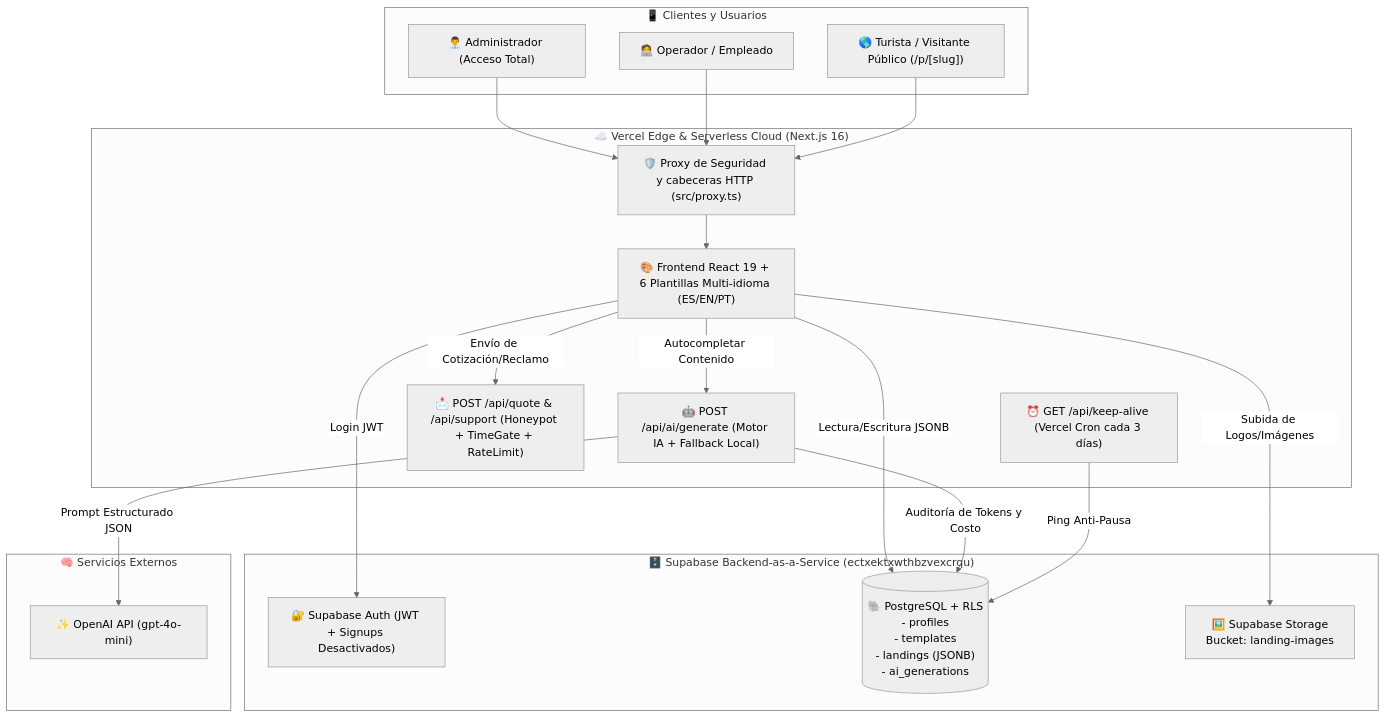
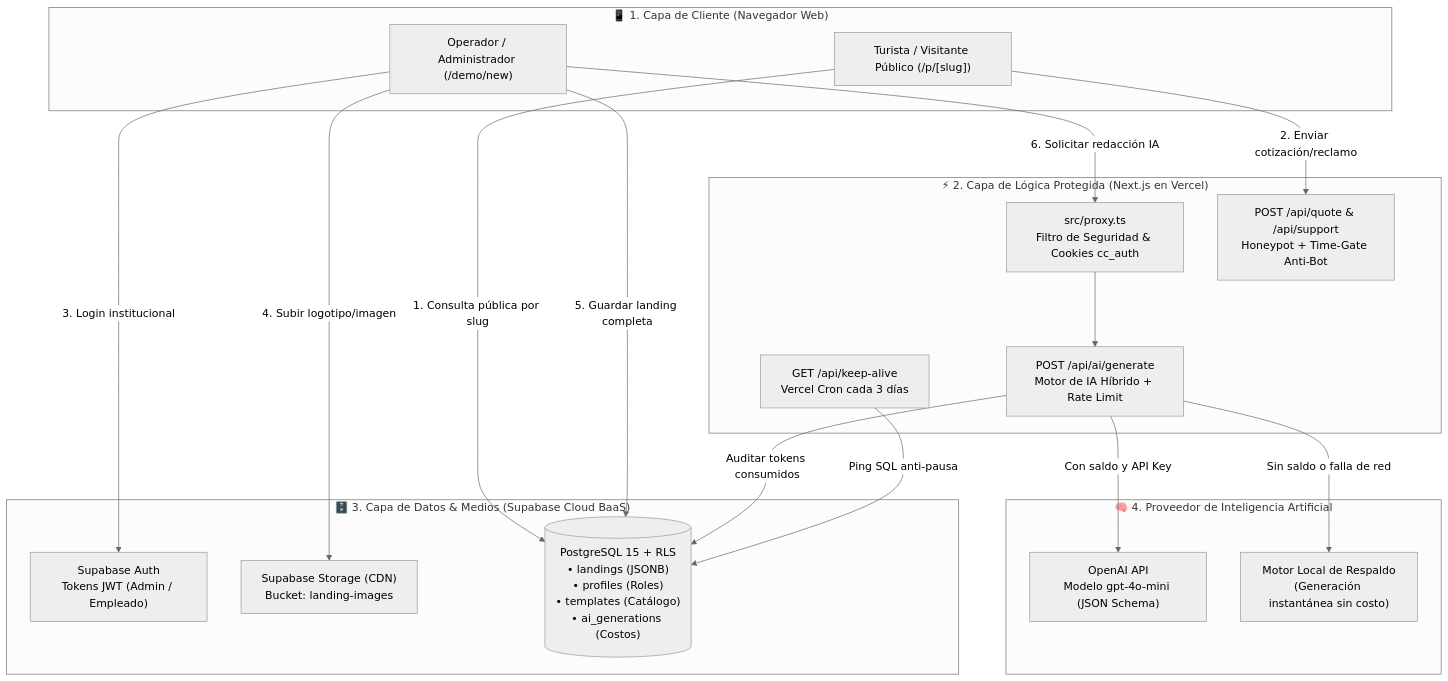
Before and after one commit to erikvlad1111-ctrl/Generador-de-Landingpages: the first of 7 diagrams in docs/documentacion_tesis.md, drawn with Mermaid (neutral theme). The commit also changed other lines of this file and 1 other file, not shown here.

Commit message:
docs(tesis): enriquecer documentacion con mapas de flujo, diagramas mermaid y graficos comparativos

````diff
--- a/docs/documentacion_tesis.md
+++ b/docs/documentacion_tesis.md
@@ -12,39 +14,38 @@
 ```mermaid
 flowchart TB
-    subgraph Clientes["📱 Clientes y Usuarios"]
-        Admin["👨‍💼 Administrador (Acceso Total)"]
-        Operador["🧑‍💻 Operador / Empleado"]
-        Turista["🌎 Turista / Visitante Público (/p/[slug])"]
+    subgraph CapaCliente["📱 1. Capa de Cliente (Navegador Web)"]
+        User["Operador / Administrador (/demo/new)"]
+        Turista["Turista / Visitante Público (/p/[slug])"]
     end
 
-    subgraph Vercel["☁️ Vercel Edge & Serverless Cloud (Next.js 16)"]
-        Proxy["🛡️ Proxy de Seguridad y cabeceras HTTP (src/proxy.ts)"]
-        UI["🎨 Frontend React 19 + 6 Plantillas Multi-idioma (ES/EN/PT)"]
-        APIAI["🤖 POST /api/ai/generate (Motor IA + Fallback Local)"]
-        APIQuote["📩 POST /api/quote & /api/support (Honeypot + TimeGate + RateLimit)"]
-        Cron["⏰ GET /api/keep-alive (Vercel Cron cada 3 días)"]
+    subgraph CapaEdge["⚡ 2. Capa de Lógica Protegida (Next.js en Vercel)"]
+        Proxy["src/proxy.ts\nFiltro de Seguridad & Cookies cc_auth"]
+        APIAI["POST /api/ai/generate\nMotor de IA Híbrido + Rate Limit"]
+        APIQuote["POST /api/quote & /api/support\nHoneypot + Time-Gate Anti-Bot"]
+        CronKeep["GET /api/keep-alive\nVercel Cron cada 3 días"]
     end
 
-    subgraph Supabase["🗄️ Supabase Backend-as-a-Service (ectxektxwthbzvexcrqu)"]
-        Auth["🔐 Supabase Auth (JWT + Signups Desactivados)"]
-        DB[("🐘 PostgreSQL + RLS\n- profiles\n- templates\n- landings (JSONB)\n- ai_generations")]
-        Storage["🖼️ Supabase Storage\nBucket: landing-images"]
+    subgraph CapaBaaS["🗄️ 3. Capa de Datos & Medios (Supabase Cloud BaaS)"]
+        SupaAuth["Supabase Auth\nTokens JWT (Admin / Empleado)"]
+        SupaStorage["Supabase Storage (CDN)\nBucket: landing-images"]
+        SupaDB[("PostgreSQL 15 + RLS\n• landings (JSONB)\n• profiles (Roles)\n• templates (Catálogo)\n• ai_generations (Costos)")]
     end
 
-    subgraph External["🧠 Servicios Externos"]
-        OpenAI["✨ OpenAI API (gpt-4o-mini)"]
+    subgraph CapaIA["🧠 4. Proveedor de Inteligencia Artificial"]
+        OpenAI["OpenAI API\nModelo gpt-4o-mini (JSON Schema)"]
+        FallbackLocal["Motor Local de Respaldo\n(Generación instantánea sin costo)"]
     end
 
-    Admin --> Proxy
-    Operador --> Proxy
-    Turista --> Proxy
-    Proxy --> UI
-    UI -->|Lectura/Escritura JSONB| DB
-    UI -->|Login JWT| Auth
-    UI -->|Subida de Logos/Imágenes| Storage
-    UI -->|Autocompletar Contenido| APIAI
-    UI -->|Envío de Cotización/Reclamo| APIQuote
-    APIAI -->|Prompt Estructurado JSON| OpenAI
-    APIAI -->|Auditoría de Tokens y Costo| DB
-    Cron -->|Ping Anti-Pausa| DB
+    %% Flujos de interacción
+    Turista -->|1. Consulta pública por slug| SupaDB
+    Turista -->|2. Enviar cotización/reclamo| APIQuote
+    User -->|3. Login institucional| SupaAuth
+    User -->|4. Subir logotipo/imagen| SupaStorage
+    User -->|5. Guardar landing completa| SupaDB
+    User -->|6. Solicitar redacción IA| Proxy
+    Proxy --> APIAI
+    APIAI -->|Con saldo y API Key| OpenAI
+    APIAI -->|Sin saldo o falla de red| FallbackLocal
+    APIAI -->|Auditar tokens consumidos| SupaDB
+    CronKeep -->|Ping SQL anti-pausa| SupaDB
 ```
````
